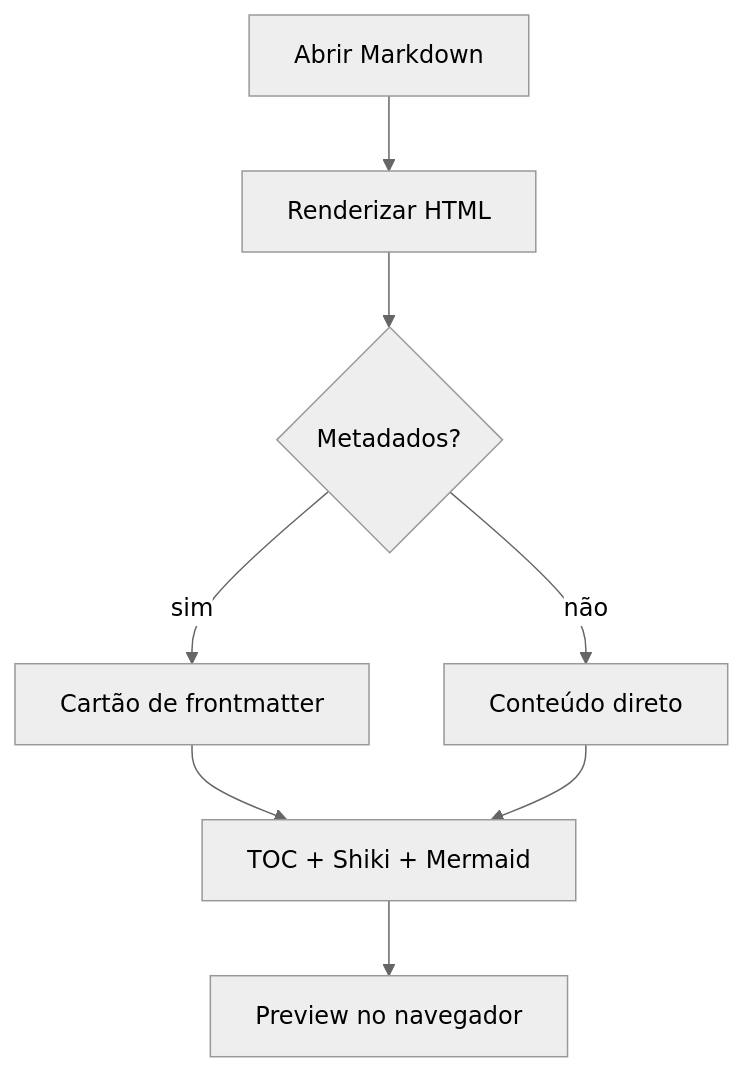
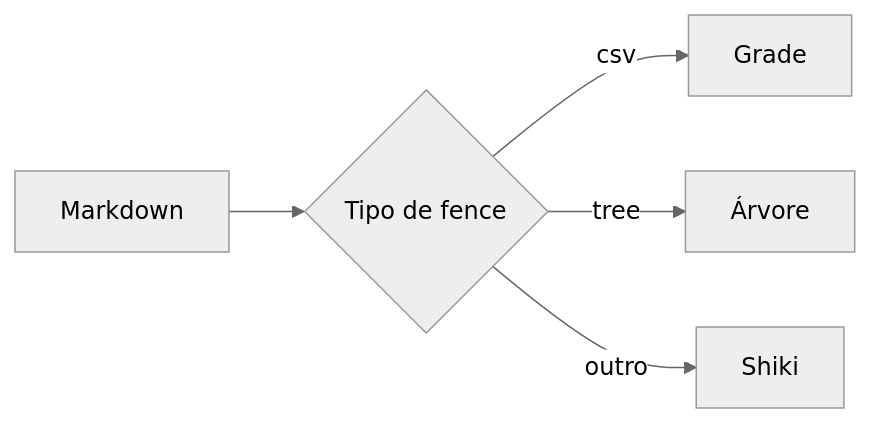
Before and after one commit to jrmmendes/md-preview: the first of 2 diagrams in docs/fixtures/wiki-showcase.md, drawn with Mermaid (neutral theme). The commit also changed other lines of this file, not shown here.

````diff
--- a/docs/fixtures/wiki-showcase.md
+++ b/docs/fixtures/wiki-showcase.md
@@ -100,10 +211,7 @@
 ```mermaid
-flowchart TD
-  A[Abrir Markdown] --> B[Renderizar HTML]
-  B --> C{Metadados?}
-  C -->|sim| D[Cartão de frontmatter]
-  C -->|não| E[Conteúdo direto]
-  D --> F[TOC + Shiki + Mermaid]
-  E --> F
-  F --> G[Preview no navegador]
+flowchart LR
+  A[Markdown] --> B{Tipo de fence}
+  B -->|csv| C[Grade]
+  B -->|tree| D[Árvore]
+  B -->|outro| E[Shiki]
 ```
````
